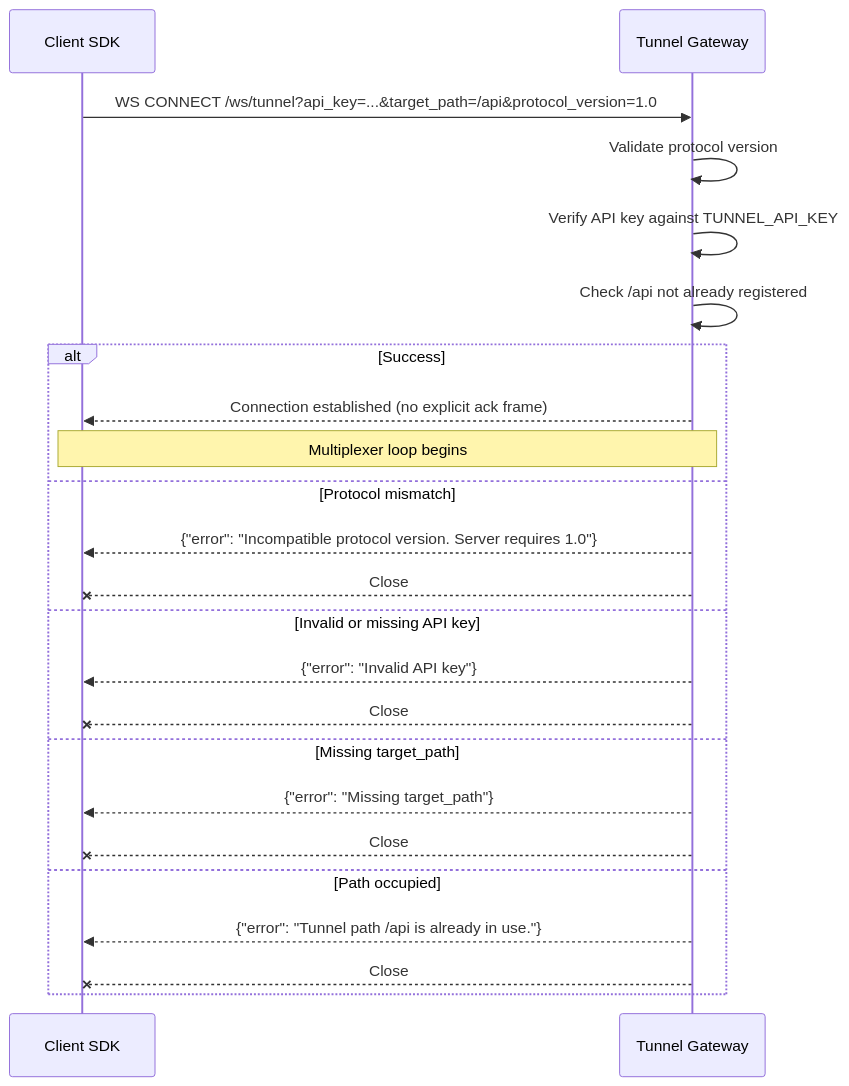
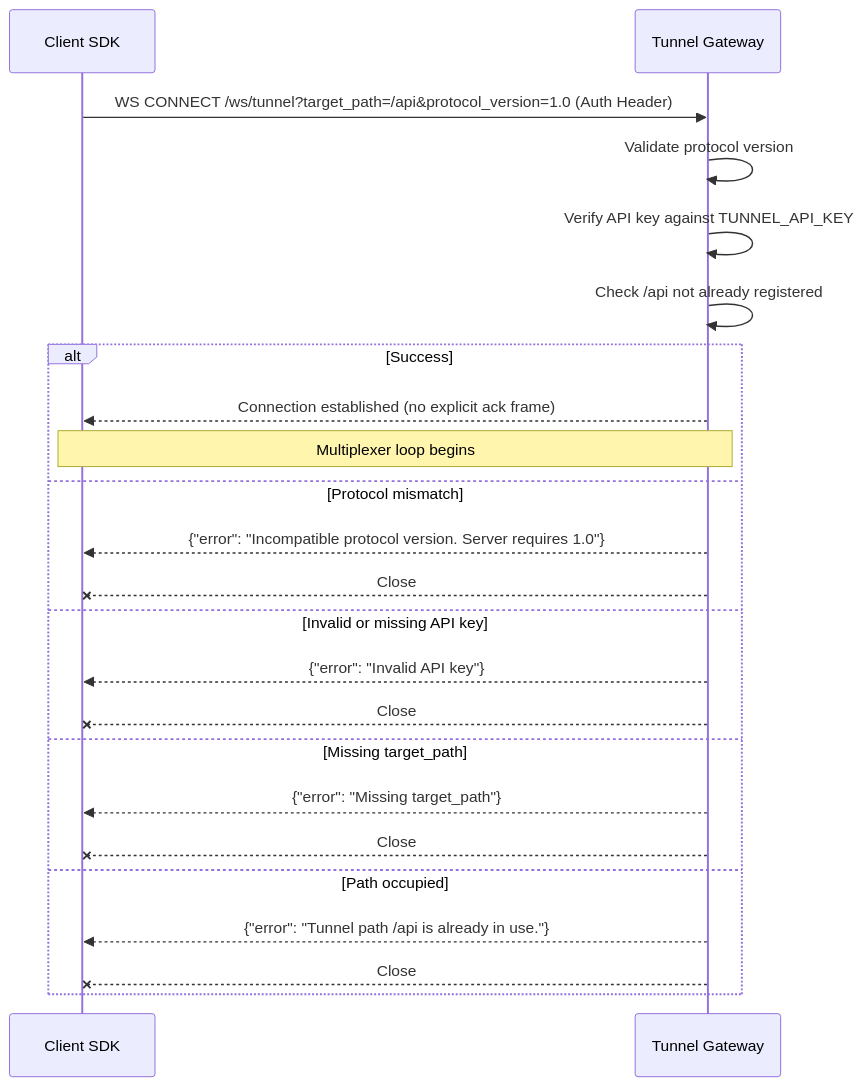
One commit to lkkhwhb/tunnel changed the first of 5 diagrams in docs/protocol.md. Above: the diagram before and after it, drawn with Mermaid. The commit also changed other lines of this file and 29 other files, not shown here.

````diff
--- a/docs/protocol.md
+++ b/docs/protocol.md
@@ -27,27 +29,27 @@
 ```mermaid
 sequenceDiagram
     participant SDK as Client SDK
     participant GW as Tunnel Gateway
 
-    SDK->>GW: WS CONNECT /ws/tunnel?api_key=...&target_path=/api&protocol_version=1.0
+    SDK->>GW: WS CONNECT /ws/tunnel?target_path=/api&protocol_version=1.0 (Auth Header)
     GW->>GW: Validate protocol version
     GW->>GW: Verify API key against TUNNEL_API_KEY
     GW->>GW: Check /api not already registered
 
     alt Success
         GW-->>SDK: Connection established (no explicit ack frame)
         Note over GW,SDK: Multiplexer loop begins
     else Protocol mismatch
         GW-->>SDK: {"error": "Incompatible protocol version. Server requires 1.0"}
         GW--xSDK: Close
     else Invalid or missing API key
         GW-->>SDK: {"error": "Invalid API key"}
         GW--xSDK: Close
     else Missing target_path
         GW-->>SDK: {"error": "Missing target_path"}
         GW--xSDK: Close
     else Path occupied
         GW-->>SDK: {"error": "Tunnel path /api is already in use."}
         GW--xSDK: Close
     end
 ```
````
